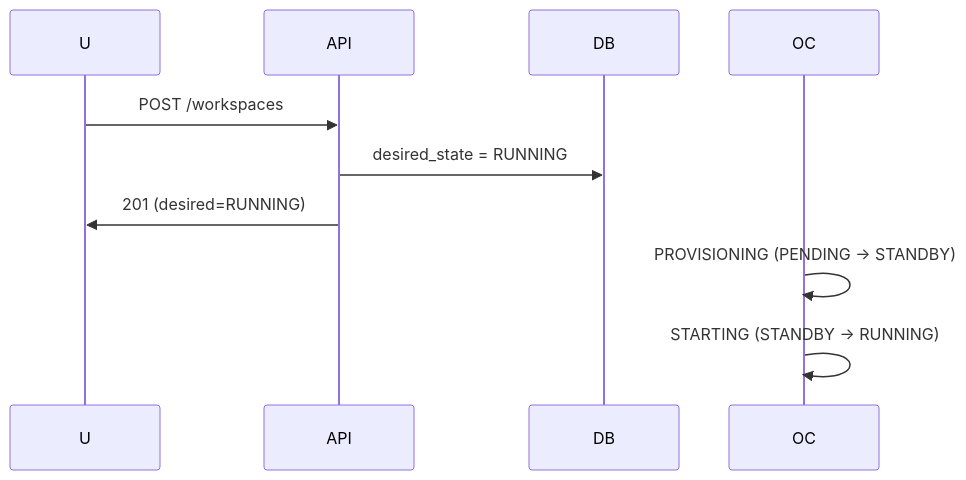
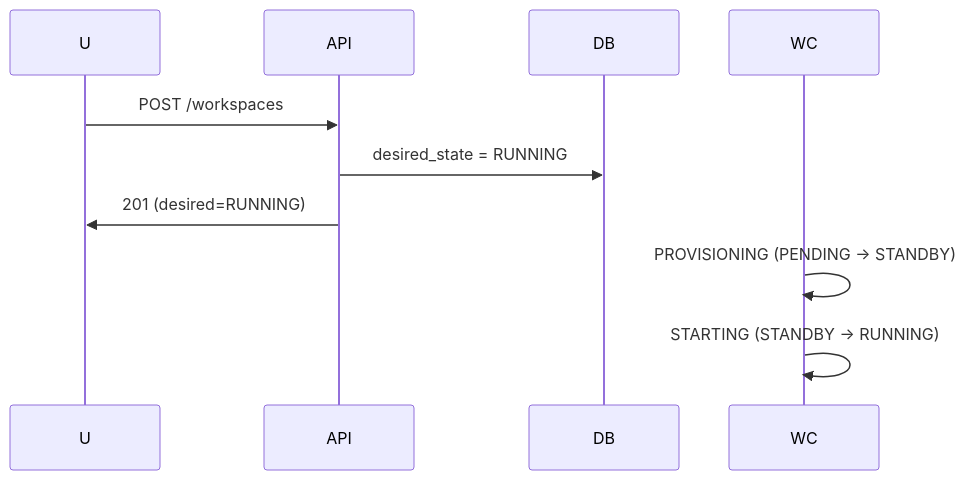
Before and after one commit to cagojeiger/code-hub: the fourth of 7 diagrams in docs/spec_v2/02-states.md, drawn with Mermaid. The commit also changed other lines of this file and 6 other files, not shown here.

````diff
--- a/docs/spec_v2/02-states.md
+++ b/docs/spec_v2/02-states.md
@@ -338,8 +341,8 @@
 ```mermaid
 sequenceDiagram
     U->>API: POST /workspaces
     API->>DB: desired_state = RUNNING
     API->>U: 201 (desired=RUNNING)
-    OC->>OC: PROVISIONING (PENDING → STANDBY)
-    OC->>OC: STARTING (STANDBY → RUNNING)
+    WC->>WC: PROVISIONING (PENDING → STANDBY)
+    WC->>WC: STARTING (STANDBY → RUNNING)
 ```
````
